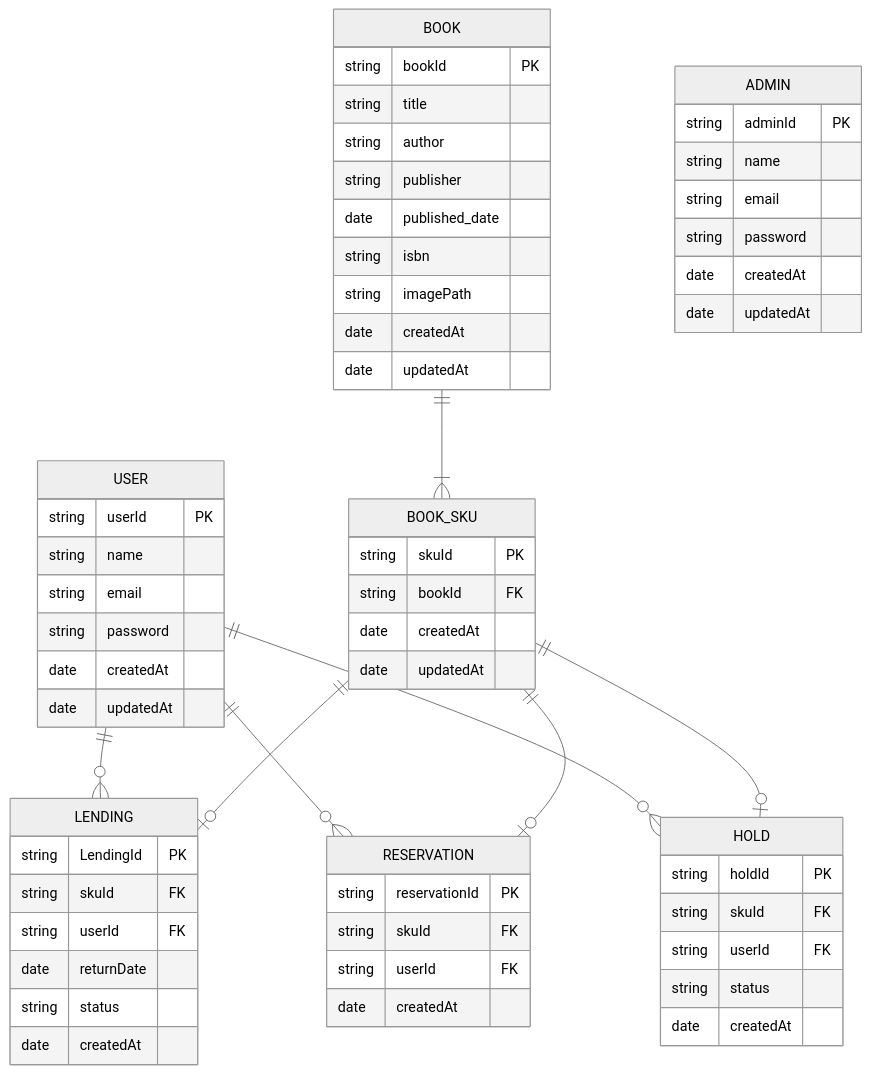
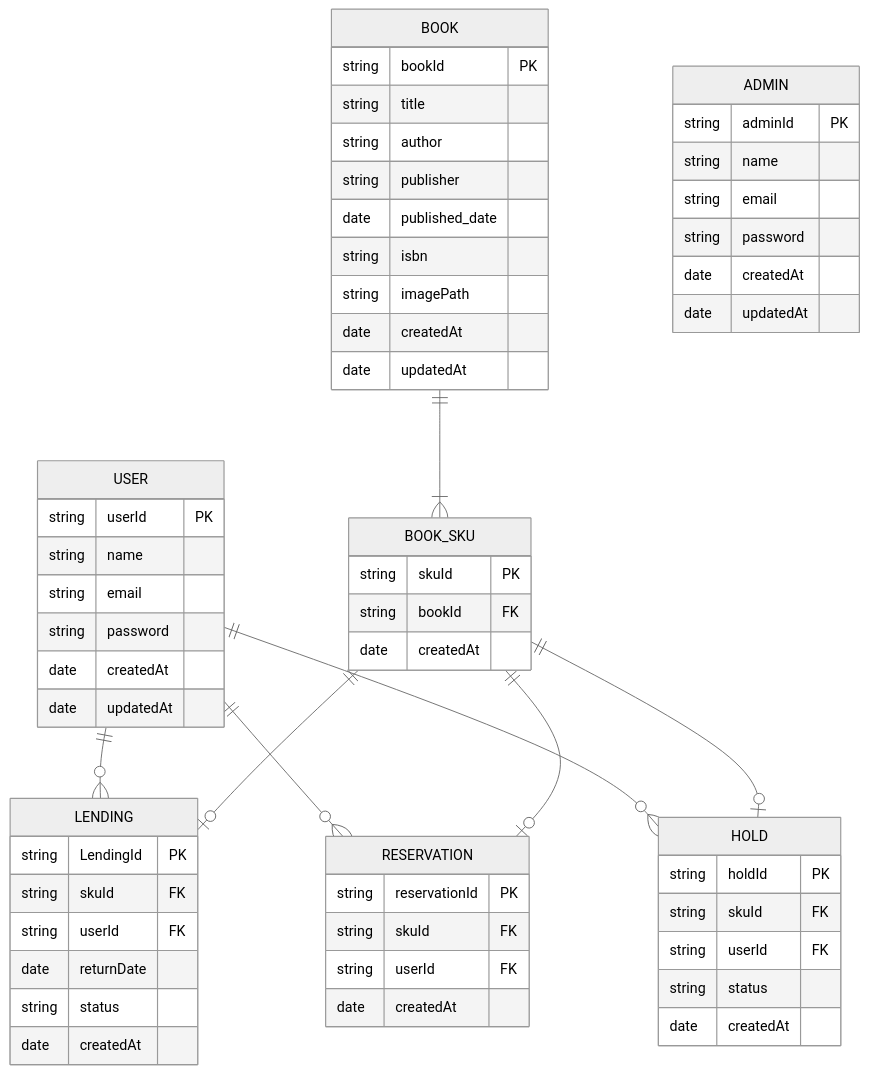
One commit to saki-orange/library-app changed the diagram in docs/architecture.md. Above: the diagram before and after it, drawn with Mermaid (neutral theme). The commit also changed 7 other files, not shown here.

````diff
--- a/docs/architecture.md
+++ b/docs/architecture.md
@@ -183,76 +183,75 @@
 ```mermaid
 erDiagram
     %% マスタ
     USER {
         string userId PK
         string name
         string email
         string password
         date createdAt
         date updatedAt
     }
     %% マスタ
     BOOK {
         %% ISBN重複なし
         string bookId PK
         string title
         string author
         string publisher
         date published_date
         string isbn
         string imagePath
         date createdAt
         date updatedAt
     }
     %% マスタ
     BOOK ||--|{ BOOK_SKU : ""
     BOOK_SKU {
         %% ISBN重複有り
         string skuId PK
         string bookId FK
         date createdAt
-        date updatedAt
     }
     %% トランザクション
     USER ||--o{ LENDING : ""
     BOOK_SKU ||--o| LENDING : ""
     LENDING {
         string LendingId PK
         string skuId FK
         string userId FK
         date returnDate
         %% 貸出中/貸出延長/返却完了(削除)
         string status
         date createdAt
     }
     %% トランザクション
     USER ||--o{ RESERVATION : ""
     BOOK_SKU ||--o| RESERVATION : ""
     RESERVATION {
         string reservationId PK
         string skuId FK
         string userId FK
         %% 予約した日時が古い順に貸す
         date createdAt
     }
     %% トランザクション
     USER ||--o{ HOLD : ""
     BOOK_SKU ||--o| HOLD : ""
     HOLD {
         string holdId PK
         string skuId FK
         string userId FK
         %% 取り置き処理中→取り置き完了→受け取り済み(削除・貸出中)
         string status
         date createdAt
     }
     %% マスタ
     ADMIN {
         string adminId PK
         string name
         string email
         string password
         date createdAt
         date updatedAt
     }
 ```
````
